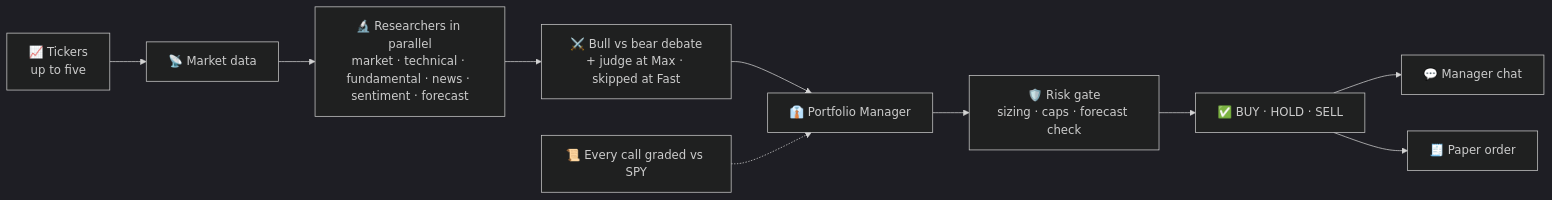
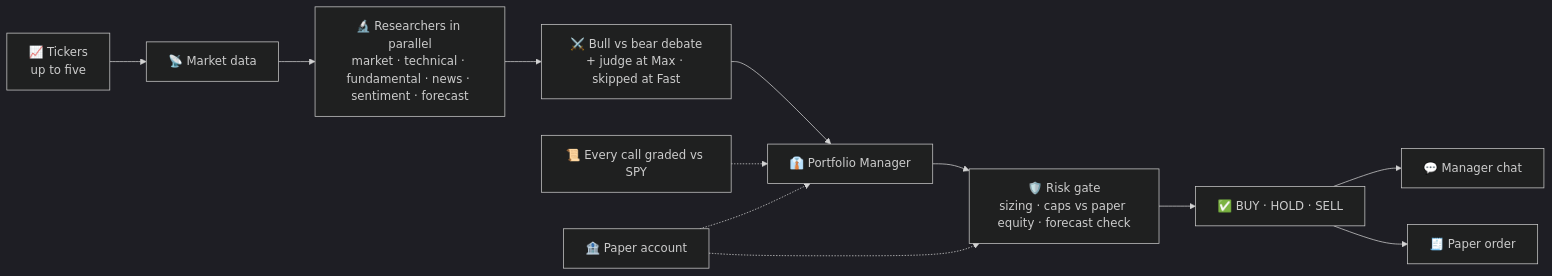
The diagram in README.md (kingabzpro/BetterTradingAgents), drawn with Mermaid (dark theme) before and after one commit. The commit also changed other lines of this file, not shown here.

Commit message:
docs: README diagram shows the paper account feeding the risk gate
The workflow diagram now draws the paper account into the manager and the risk gate (caps vs paper equity), and the risk highlight says the caps run against it.

````diff
--- a/README.md
+++ b/README.md
@@ -59,12 +59,14 @@
 ```mermaid
 flowchart LR
     T["📈 Tickers<br/>up to five"] --> D["📡 Market data"]
     D --> S["🔬 Researchers in parallel<br/>market · technical · fundamental · news · sentiment · forecast"]
     S --> B["⚔️ Bull vs bear debate<br/>+ judge at Max · skipped at Fast"]
     B --> PM["👔 Portfolio Manager"]
     TR["📜 Every call graded vs SPY"] -.-> PM
-    PM --> RG["🛡️ Risk gate<br/>sizing · caps · forecast check"]
+    PA["🏦 Paper account"] -.-> PM
+    PM --> RG["🛡️ Risk gate<br/>sizing · caps vs paper equity · forecast check"]
+    PA -.-> RG
     RG --> OUT["✅ BUY · HOLD · SELL"]
     OUT --> C["💬 Manager chat"]
     OUT --> O["🧾 Paper order"]
 ```
````
